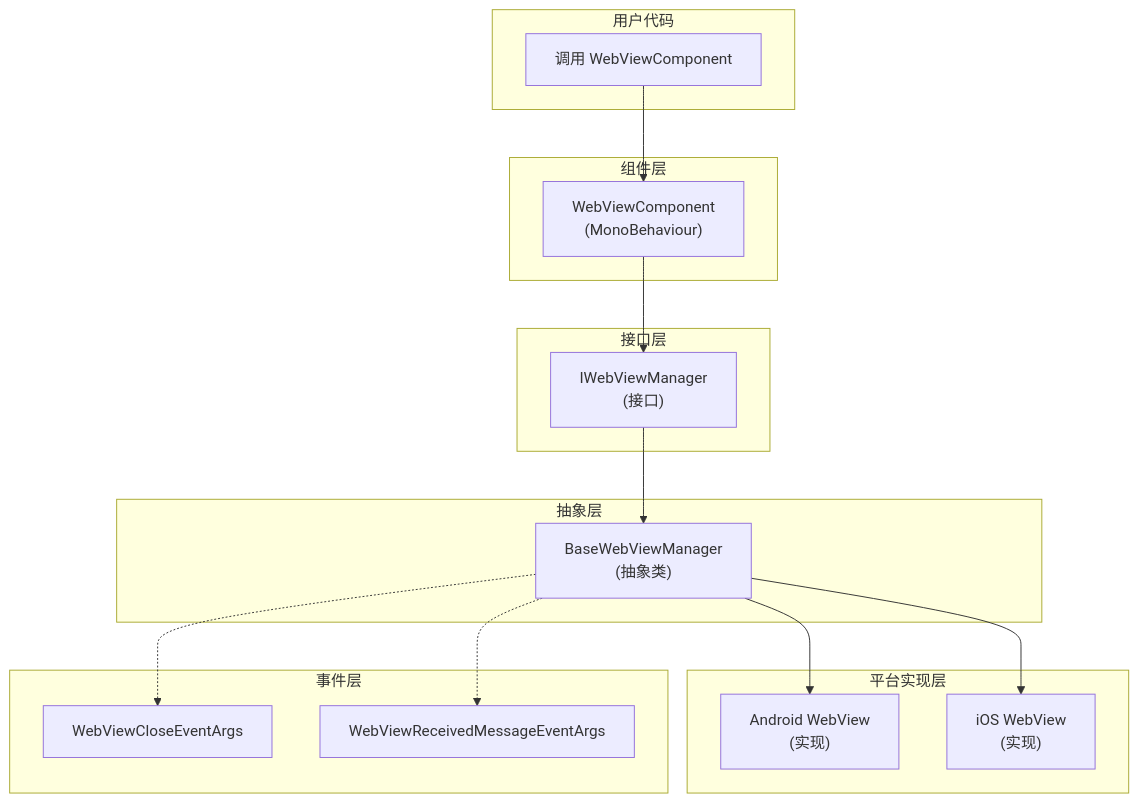
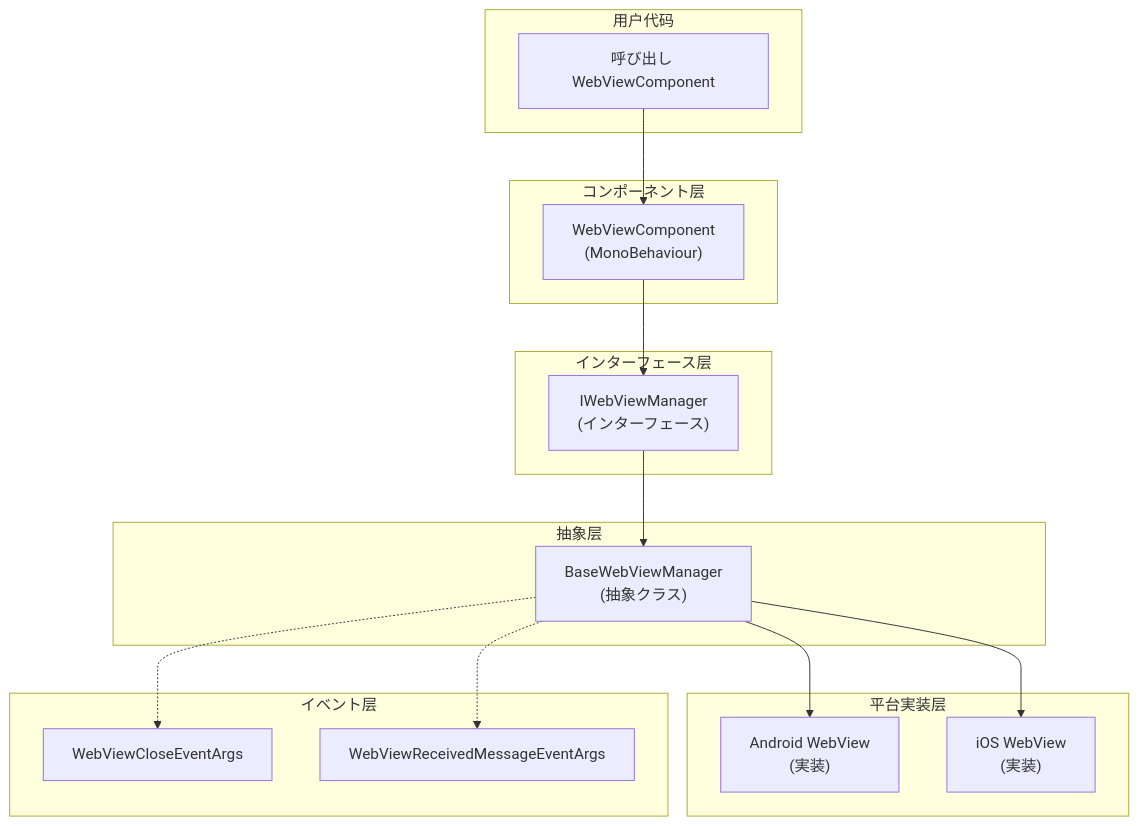
Before and after one commit to AlianBlank/GameFrameX.Docs: the diagram in docs/ja/client/unity/component/webview/06.api-reference.md, drawn with Mermaid. The commit also changed other lines of this file and 603 other files, not shown here.

````diff
--- a/docs/ja/client/unity/component/webview/06.api-reference.md
+++ b/docs/ja/client/unity/component/webview/06.api-reference.md
@@ -17,36 +17,36 @@
 ```mermaid
 graph TD
     subgraph User["用户代码"]
-        UserCode["调用 WebViewComponent"]
+        UserCode["呼び出し WebViewComponent"]
     end
 
-    subgraph ComponentLayer["组件层"]
+    subgraph ComponentLayer["コンポーネント层"]
         WebViewComponent["WebViewComponent<br/>(MonoBehaviour)"]
     end
 
-    subgraph InterfaceLayer["接口层"]
-        IWebViewManager["IWebViewManager<br/>(接口)"]
+    subgraph InterfaceLayer["インターフェース层"]
+        IWebViewManager["IWebViewManager<br/>(インターフェース)"]
     end
 
     subgraph AbstractLayer["抽象层"]
-        BaseWebViewManager["BaseWebViewManager<br/>(抽象类)"]
+        BaseWebViewManager["BaseWebViewManager<br/>(抽象クラス)"]
     end
 
-    subgraph PlatformLayer["平台实现层"]
-        AndroidWebView["Android WebView<br/>(实现)"]
-        iOSWebView["iOS WebView<br/>(实现)"]
+    subgraph PlatformLayer["平台実装层"]
+        AndroidWebView["Android WebView<br/>(実装)"]
+        iOSWebView["iOS WebView<br/>(実装)"]
     end
 
-    subgraph EventLayer["事件层"]
+    subgraph EventLayer["イベント层"]
         WebViewCloseEventArgs["WebViewCloseEventArgs"]
         WebViewReceivedMessageEventArgs["WebViewReceivedMessageEventArgs"]
     end
 
     UserCode --> WebViewComponent
     WebViewComponent --> IWebViewManager
     IWebViewManager --> BaseWebViewManager
     BaseWebViewManager --> AndroidWebView
     BaseWebViewManager --> iOSWebView
     BaseWebViewManager -.-> WebViewCloseEventArgs
     BaseWebViewManager -.-> WebViewReceivedMessageEventArgs
 ```
````
